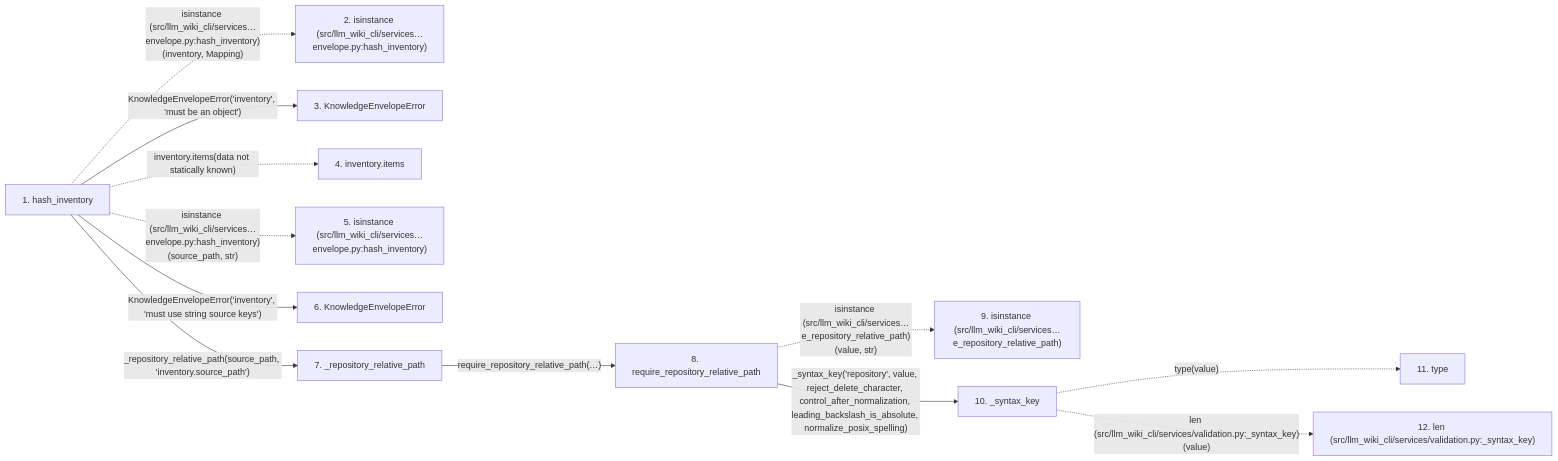
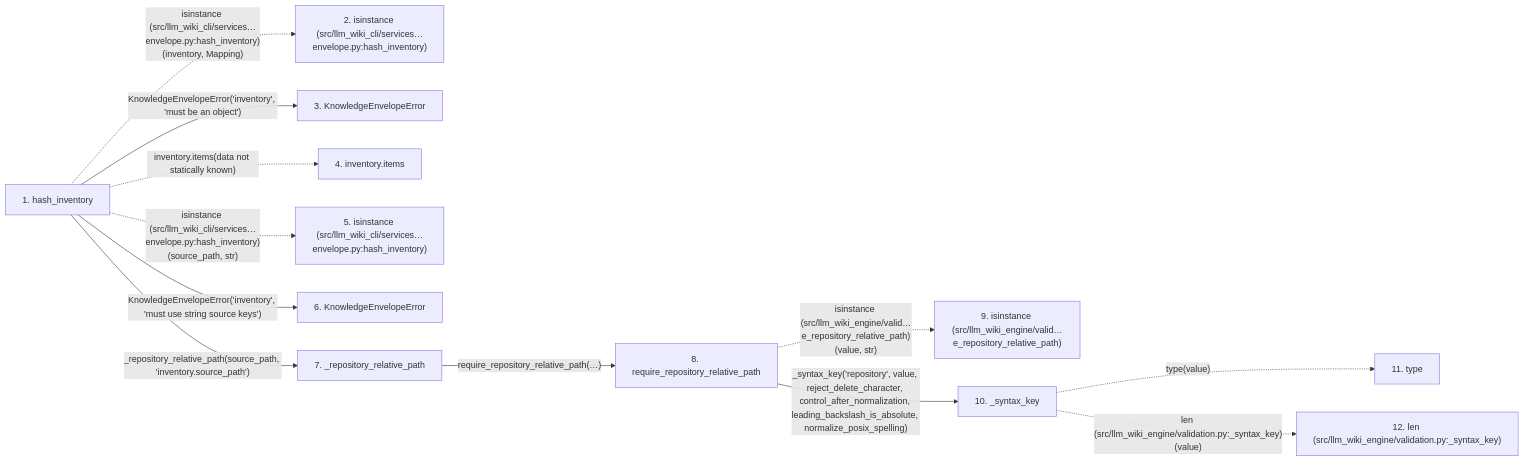
The second of 2 diagrams in docs/llm_wiki/flows/api-hash_inventory.md (Denissvgn/python-wiki-llm), drawn with Mermaid before and after one commit. The commit also changed other lines of this file and 1103 other files, not shown here.

First line of the commit message:
docs: refresh the wiki for the llm-wiki-engine distribution

````diff
--- a/docs/llm_wiki/flows/api-hash_inventory.md
+++ b/docs/llm_wiki/flows/api-hash_inventory.md
@@ -126,32 +126,32 @@
 ```mermaid
 flowchart LR
     s1["1. hash_inventory"]
     s2["2. isinstance (src/llm_wiki_cli/services…envelope.py:hash_inventory)"]
     s3["3. KnowledgeEnvelopeError"]
     s4["4. inventory.items"]
     s5["5. isinstance (src/llm_wiki_cli/services…envelope.py:hash_inventory)"]
     s6["6. KnowledgeEnvelopeError"]
     s7["7. _repository_relative_path"]
     s8["8. require_repository_relative_path"]
-    s9["9. isinstance (src/llm_wiki_cli/services…e_repository_relative_path)"]
+    s9["9. isinstance (src/llm_wiki_engine/valid…e_repository_relative_path)"]
     s10["10. _syntax_key"]
     s11["11. type"]
-    s12["12. len (src/llm_wiki_cli/services/validation.py:_syntax_key)"]
+    s12["12. len (src/llm_wiki_engine/validation.py:_syntax_key)"]
     s1 -. "isinstance (src/llm_wiki_cli/services…envelope.py:hash_inventory)(inventory, Mapping)" .-> s2
     s1 -->|"KnowledgeEnvelopeError('inventory', 'must be an object')"| s3
     s1 -. "inventory.items(data not statically known)" .-> s4
     s1 -. "isinstance (src/llm_wiki_cli/services…envelope.py:hash_inventory)(source_path, str)" .-> s5
     s1 -->|"KnowledgeEnvelopeError('inventory', 'must use string source keys')"| s6
     s1 -->|"_repository_relative_path(source_path, 'inventory.source_path')"| s7
     s7 -->|"require_repository_relative_path(…)"| s8
-    s8 -. "isinstance (src/llm_wiki_cli/services…e_repository_relative_path)(value, str)" .-> s9
+    s8 -. "isinstance (src/llm_wiki_engine/valid…e_repository_relative_path)(value, str)" .-> s9
     s8 -->|"_syntax_key('repository', value, reject_delete_character, control_after_normalization, leading_backslash_is_absolute, normalize_posix_spelling)"| s10
     s10 -. "type(value)" .-> s11
-    s10 -. "len (src/llm_wiki_cli/services/validation.py:_syntax_key)(value)" .-> s12
+    s10 -. "len (src/llm_wiki_engine/validation.py:_syntax_key)(value)" .-> s12
     click s1 "../modules/knowledge_envelope.md"
     click s3 "../modules/knowledge_envelope.md"
     click s6 "../modules/knowledge_envelope.md"
     click s7 "../modules/knowledge_envelope.md"
     click s8 "../modules/validation.md"
     click s10 "../modules/validation.md"
 ```
````
